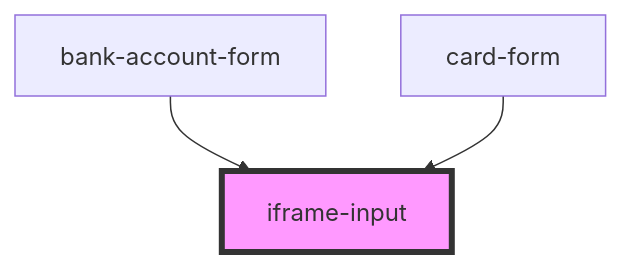
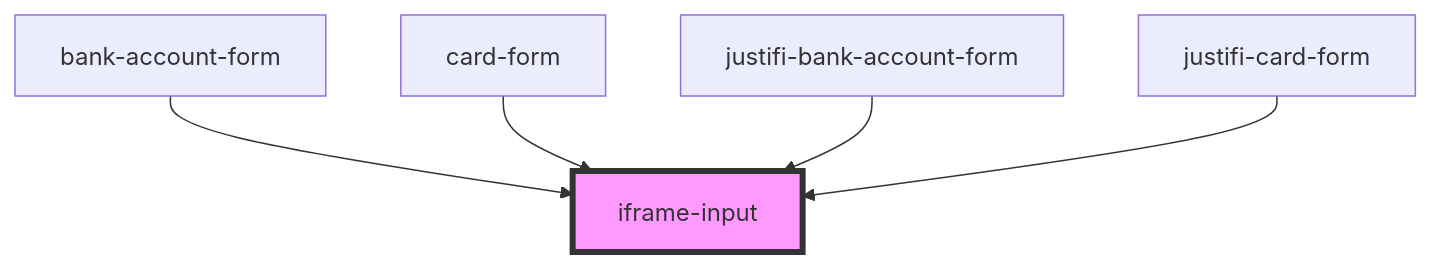
Before and after one commit to justifi-tech/web-component-library: the diagram in packages/webcomponents/src/ui-components/form/readme.md, drawn with Mermaid. The commit also changed other lines of this file and 134 other files, not shown here.

````diff
--- a/packages/webcomponents/src/ui-components/form/readme.md
+++ b/packages/webcomponents/src/ui-components/form/readme.md
@@ -61,6 +63,8 @@
 ```mermaid
 graph TD;
   bank-account-form --> iframe-input
   card-form --> iframe-input
+  justifi-bank-account-form --> iframe-input
+  justifi-card-form --> iframe-input
   style iframe-input fill:#f9f,stroke:#333,stroke-width:4px
 ```
````
